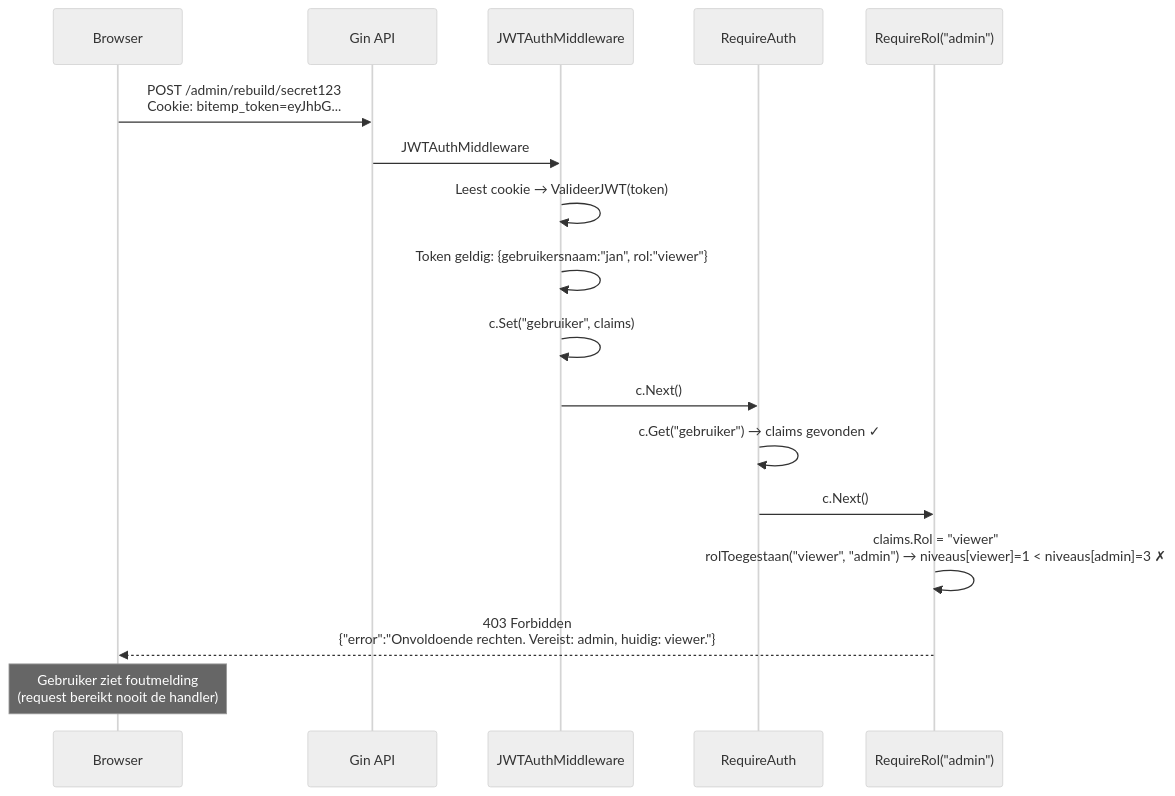
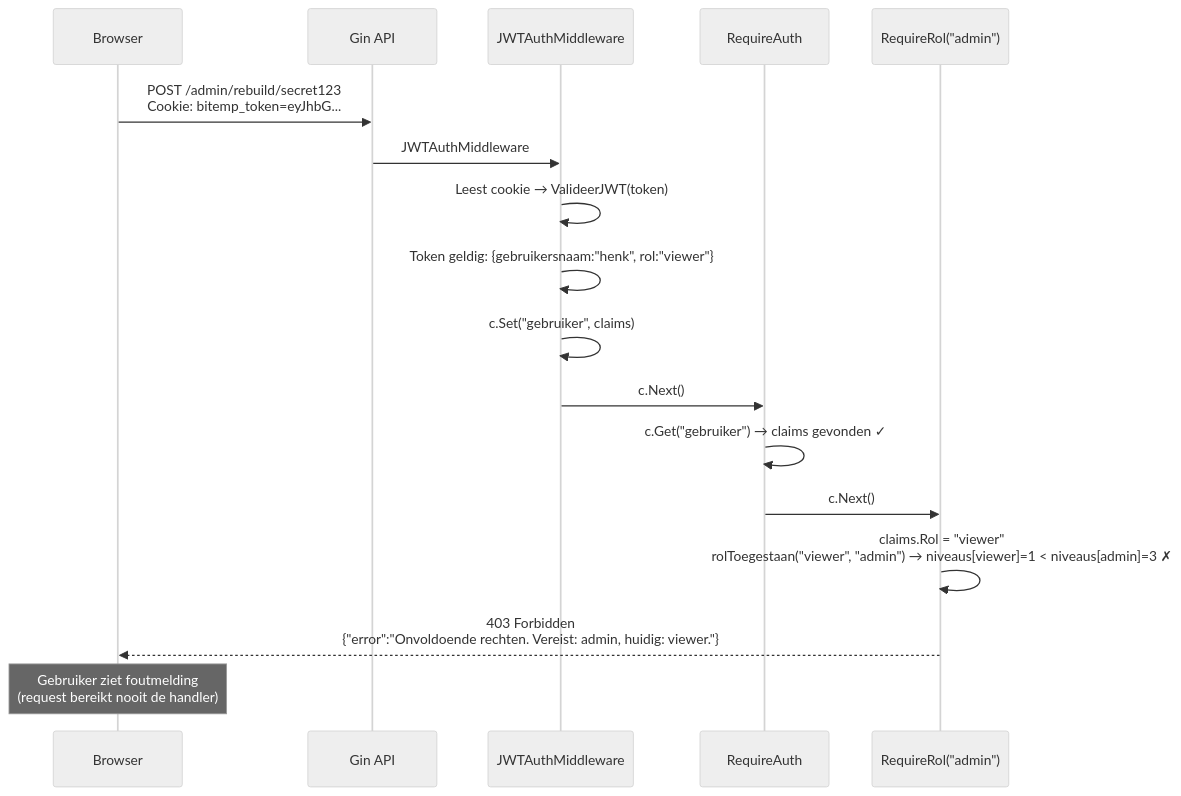
One commit to MarkWestbroek/Bitemporal_2026 changed the third of 8 diagrams in bitemp_register_v06/docs/AUTH_DEVELOPER_GUIDE.md. Above: the diagram before and after it, drawn with Mermaid (neutral theme). The commit also changed other lines of this file and 36 other files, not shown here.

````diff
--- a/bitemp_register_v06/docs/AUTH_DEVELOPER_GUIDE.md
+++ b/bitemp_register_v06/docs/AUTH_DEVELOPER_GUIDE.md
@@ -283,24 +284,24 @@
 ```mermaid
 sequenceDiagram
     participant B as Browser
     participant G as Gin API
     participant MW as JWTAuthMiddleware
     participant RA as RequireAuth
     participant RR as RequireRol("admin")
 
     B->>G: POST /admin/rebuild/secret123<br/>Cookie: bitemp_token=eyJhbG...
 
     G->>MW: JWTAuthMiddleware
     MW->>MW: Leest cookie → ValideerJWT(token)
-    MW->>MW: Token geldig: {gebruikersnaam:"jan", rol:"viewer"}
+    MW->>MW: Token geldig: {gebruikersnaam:"henk", rol:"viewer"}
     MW->>MW: c.Set("gebruiker", claims)
     MW->>RA: c.Next()
 
     RA->>RA: c.Get("gebruiker") → claims gevonden ✓
     RA->>RR: c.Next()
 
     RR->>RR: claims.Rol = "viewer"<br/>rolToegestaan("viewer", "admin") → niveaus[viewer]=1 < niveaus[admin]=3 ✗
     RR-->>B: 403 Forbidden<br/>{"error":"Onvoldoende rechten. Vereist: admin, huidig: viewer."}
 
     Note over B: Gebruiker ziet foutmelding<br/>(request bereikt nooit de handler)
 ```
````
